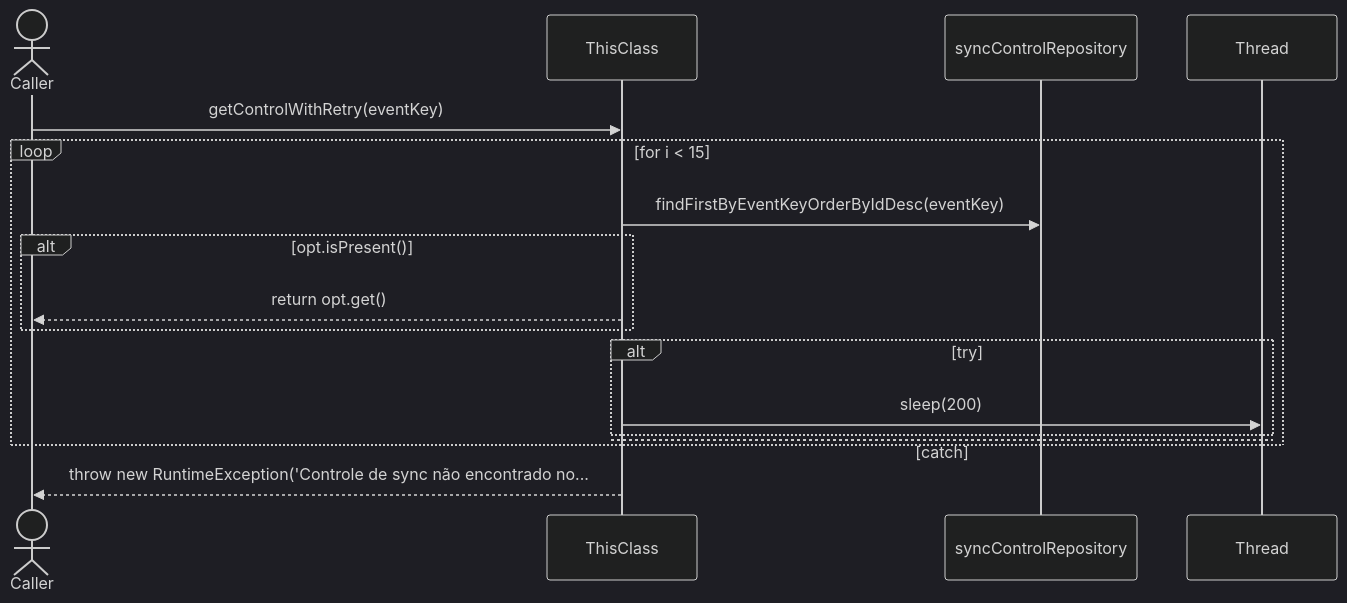
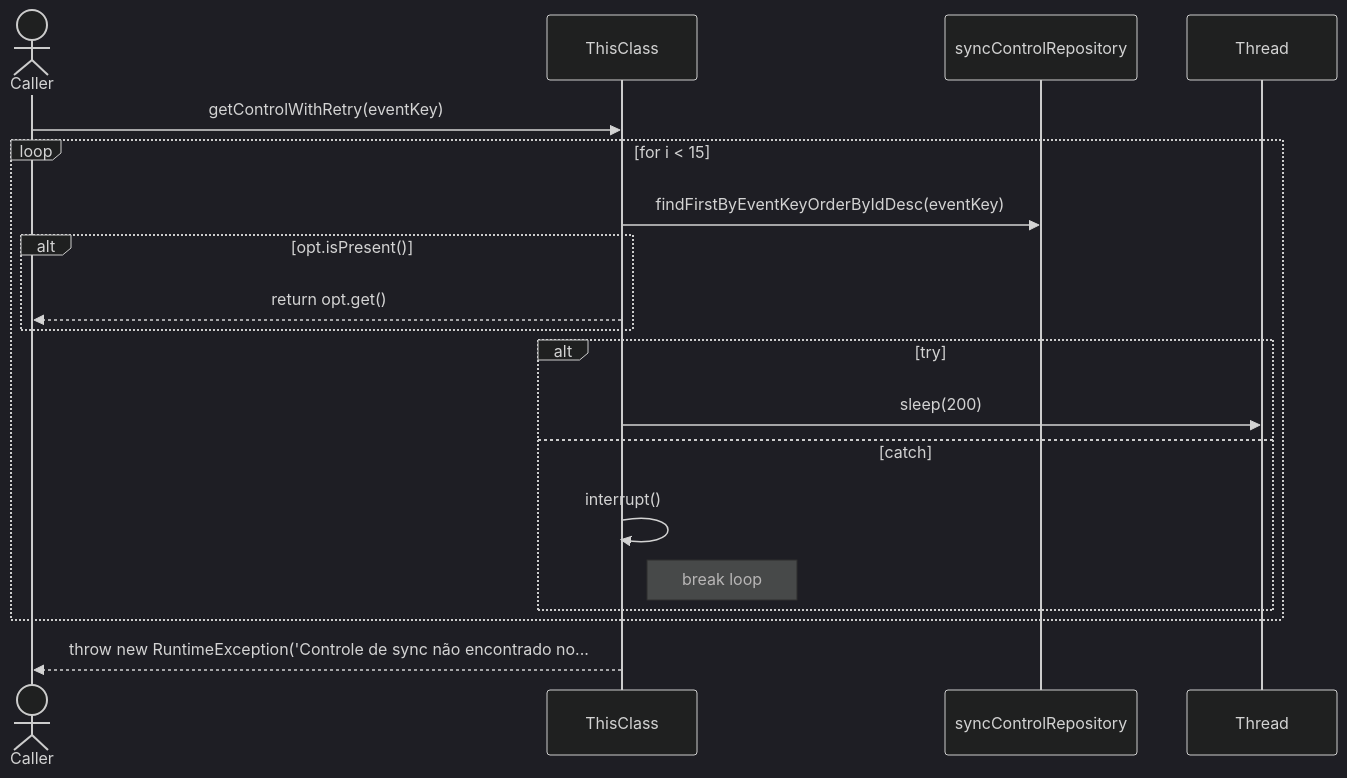
One commit to FelipeMCassiano/geanky changed the ninth of 16 diagrams in docs/CloudSyncUploadService.md. Above: the diagram before and after it, drawn with Mermaid (dark theme). The commit also changed other lines of this file and 7 other files, not shown here.

````diff
--- a/docs/CloudSyncUploadService.md
+++ b/docs/CloudSyncUploadService.md
@@ -665,21 +671,23 @@
 ```mermaid
 sequenceDiagram
     actor Caller
     participant ThisClass
+    participant syncControlRepository
+    participant Thread
 
     Caller->>ThisClass: getControlWithRetry(eventKey)
     loop for i < 15
-    participant syncControlRepository
     ThisClass->>syncControlRepository: findFirstByEventKeyOrderByIdDesc(eventKey)
     alt opt.isPresent()
     ThisClass-->>Caller: return opt.get()
     end
     alt try
-    participant Thread
     ThisClass->>Thread: sleep(200)
     else catch 
+    ThisClass->>ThisClass: interrupt()
+    Note right of ThisClass: break loop
     end
     end
     ThisClass-->>Caller: throw new RuntimeException('Controle de sync não encontrado no...
 
 ```
````
